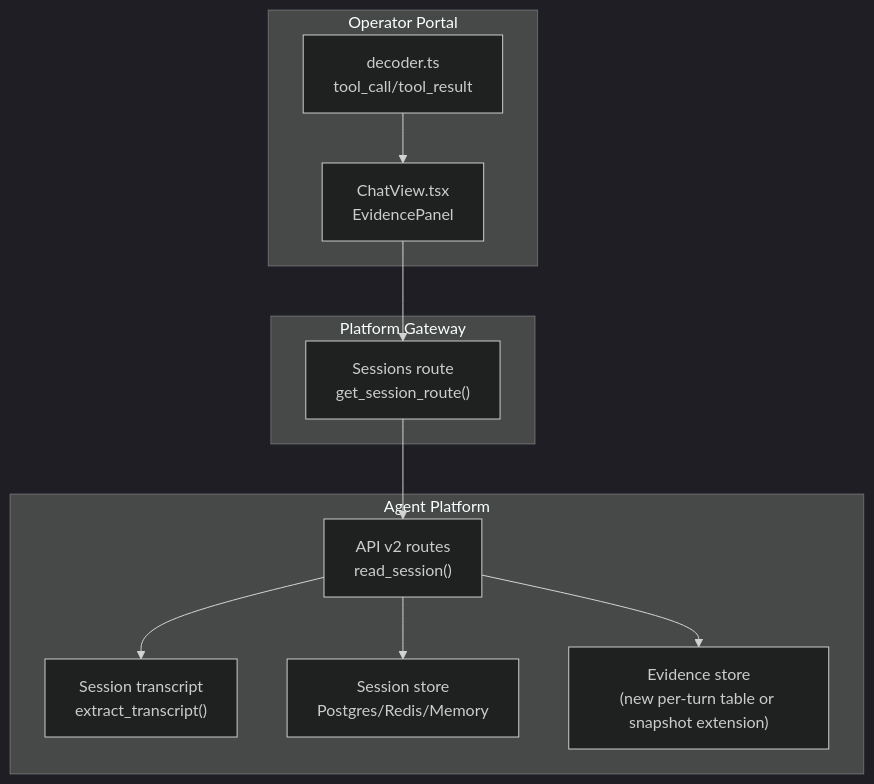
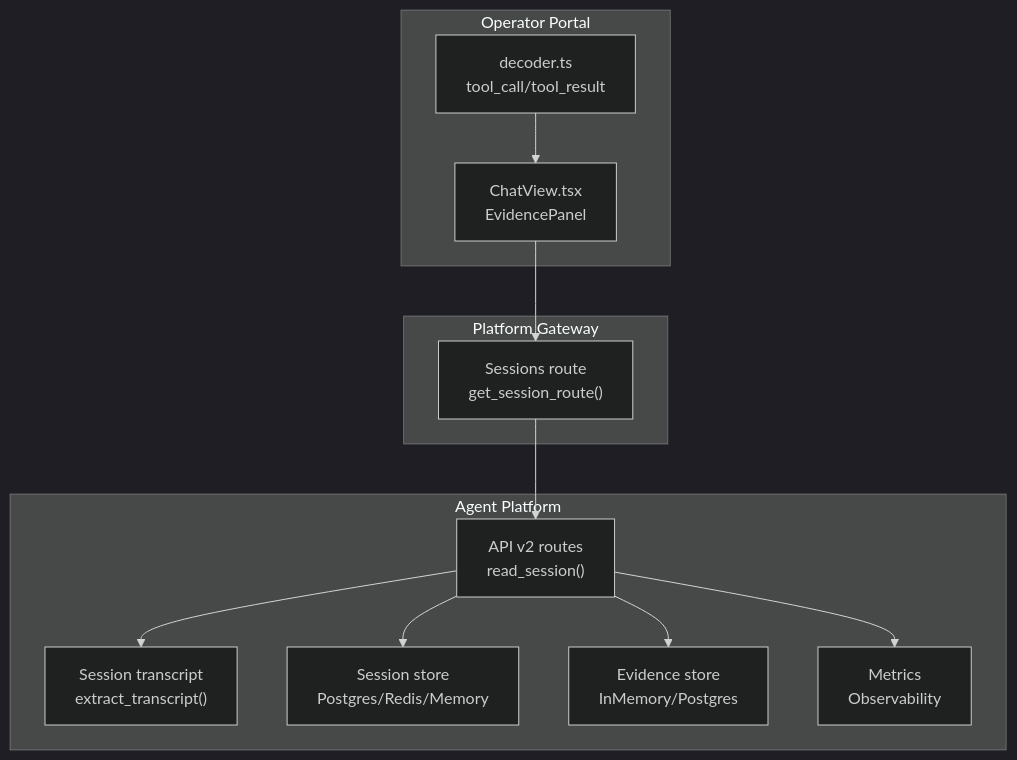
One commit to metasync/luban-aiops changed the first of 8 diagrams in .qoder/repowiki/en/content/Architecture Documentation/SPEC-025_ Evidence Persistence in Transcripts.md. Above: the diagram before and after it, drawn with Mermaid (dark theme). The commit also changed other lines of this file and 26 other files, not shown here.

````diff
--- a/.qoder/repowiki/en/content/Architecture Documentation/SPEC-025_ Evidence Persistence in Transcripts.md
+++ b/.qoder/repowiki/en/content/Architecture Documentation/SPEC-025_ Evidence Persistence in Transcripts.md
@@ -36,22 +51,24 @@
 ```mermaid
 graph TB
 subgraph "Agent Platform"
 A["API v2 routes<br/>read_session()"]
 B["Session transcript<br/>extract_transcript()"]
 C["Session store<br/>Postgres/Redis/Memory"]
-D["Evidence store<br/>(new per-turn table or snapshot extension)"]
+D["Evidence store<br/>InMemory/Postgres"]
+E["Metrics<br/>Observability"]
 end
 subgraph "Platform Gateway"
 G["Sessions route<br/>get_session_route()"]
 end
 subgraph "Operator Portal"
 P["ChatView.tsx<br/>EvidencePanel"]
 S["decoder.ts<br/>tool_call/tool_result"]
 end
 A --> B
 A --> C
 A --> D
+A --> E
 G --> A
 P --> G
 S --> P
 ```
````
